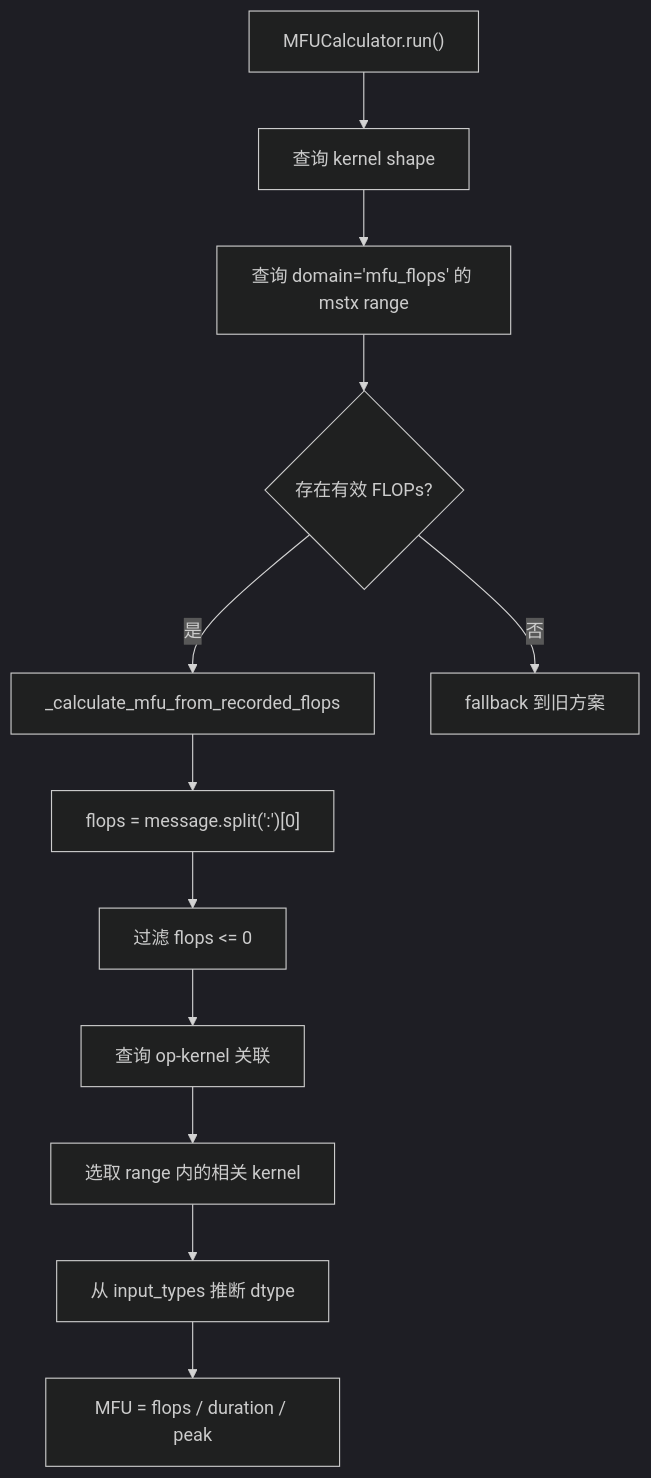
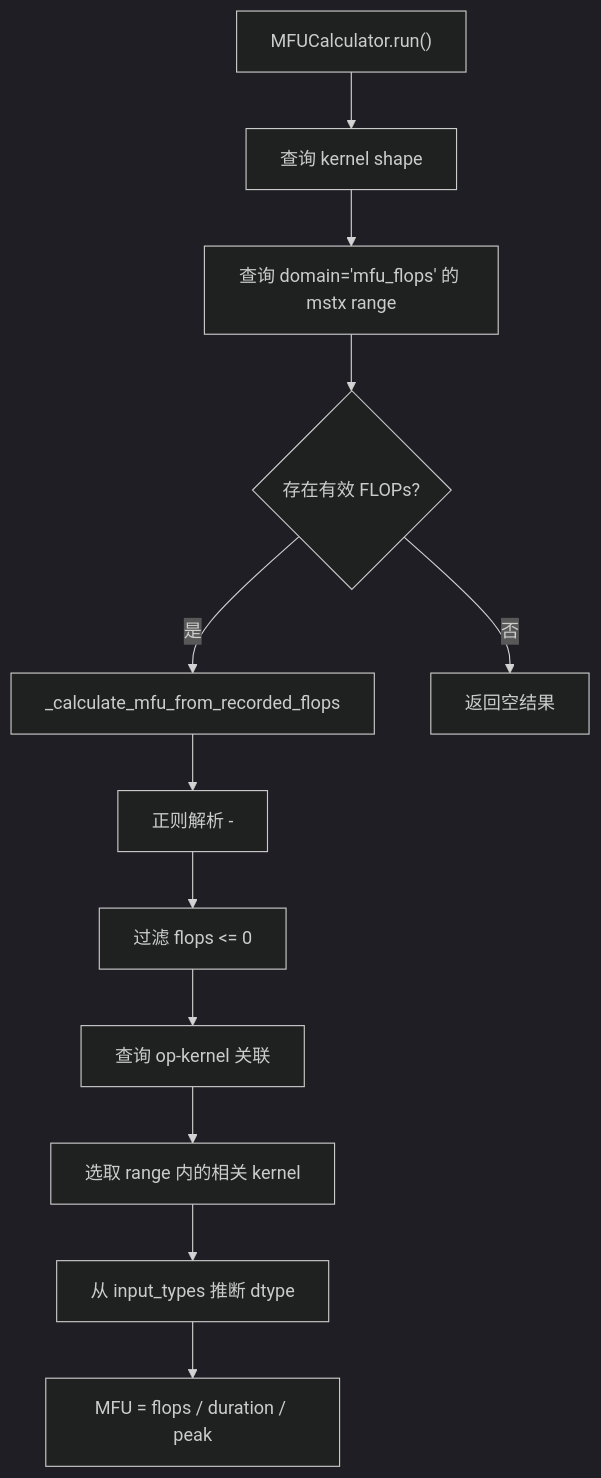
The seventh of 8 diagrams in docs/zh/design/MFU采集与计算重构设计文档.md (Ascend/msprof-analyze), drawn with Mermaid (dark theme) before and after one commit. The commit also changed other lines of this file and 16 other files, not shown here.

````diff
--- a/docs/zh/design/MFU采集与计算重构设计文档.md
+++ b/docs/zh/design/MFU采集与计算重构设计文档.md
@@ -262,15 +259,15 @@
 ```mermaid
 flowchart TD
     P1["MFUCalculator.run()"] --> P2["查询 kernel shape"]
     P2 --> P3["查询 domain='mfu_flops' 的 mstx range"]
     P3 --> P4{"存在有效 FLOPs?"}
     P4 -->|是| P5["_calculate_mfu_from_recorded_flops"]
-    P4 -->|否| P6["fallback 到旧方案"]
+    P4 -->|否| P6["返回空结果"]
 
-    P5 --> P7["flops = message.split(':')[0]"]
+    P5 --> P7["正则解析 <flops>-<op_name>"]
     P7 --> P8["过滤 flops <= 0"]
     P8 --> P9["查询 op-kernel 关联"]
     P9 --> P10["选取 range 内的相关 kernel"]
     P10 --> P11["从 input_types 推断 dtype"]
     P11 --> P12["MFU = flops / duration / peak"]
 ```
````
